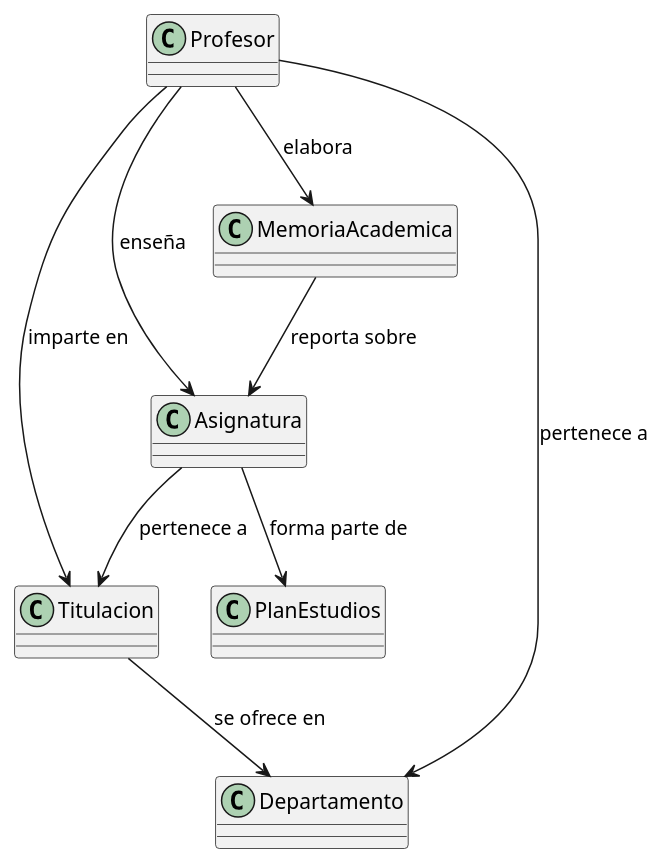
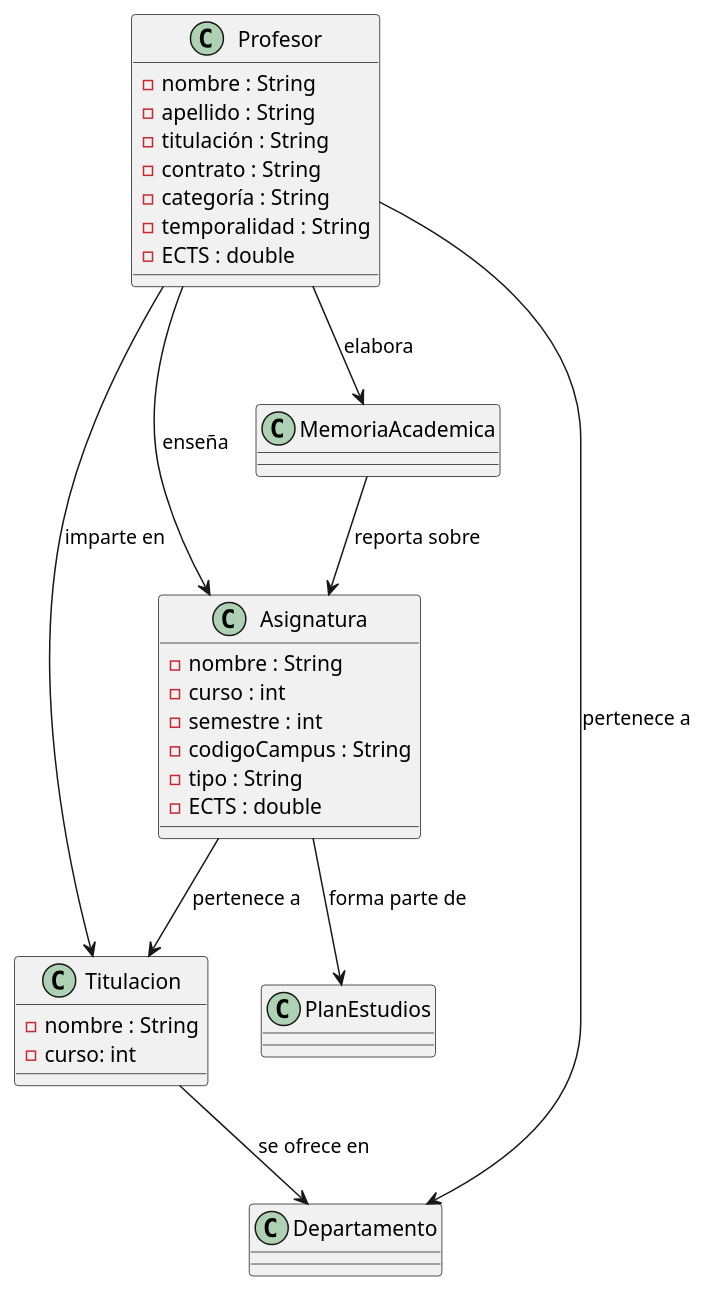
The diagram in modelosUML/diagramaClases.puml (mmasias/24-25-IdSw1-SDR), drawn with PlantUML before and after one commit.

Commit message:
Asignacion de algunos atributos a diversas clases

```diff
--- a/modelosUML/diagramaClases.puml
+++ b/modelosUML/diagramaClases.puml
@@ -1,36 +1,49 @@
 @startuml
 
 class Profesor {
-  
+- nombre : String
+- apellido : String
+- titulación : String
+- contrato : String
+- categoría : String
+- temporalidad : String
+- ECTS : double
+
 }
 
 class Titulacion {
-
+- nombre : String
+- curso: int
 }
 
 class Asignatura {
-    
+- nombre : String
+- curso : int 
+- semestre : int
+- codigoCampus : String
+- tipo : String
+- ECTS : double
 }
 
 class MemoriaAcademica {
  
 }
 
 class Departamento {
    
 }
 
 class PlanEstudios {
 }
 
 
 Profesor --> Titulacion : "imparte en"
 Profesor --> Asignatura : "enseña"
 Asignatura --> Titulacion : "pertenece a"
 MemoriaAcademica --> Asignatura : "reporta sobre"
 Profesor --> MemoriaAcademica : "elabora"
 Asignatura --> PlanEstudios : "forma parte de"
 Profesor --> Departamento : "pertenece a"
 Titulacion --> Departamento : "se ofrece en"
 
 @enduml
```
